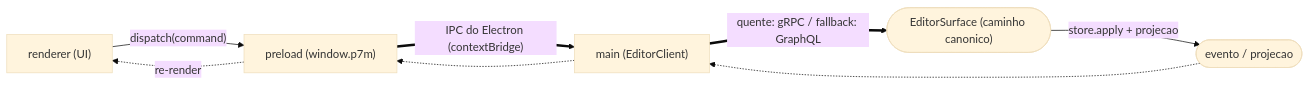
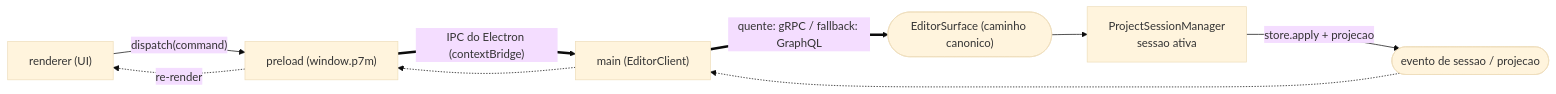
Before and after one commit to flaviotinococoutinho/Gridsmith: the second of 4 diagrams in frontend/README.md, drawn with Mermaid (base theme). The commit also changed other lines of this file and 68 other files, not shown here.

````diff
--- a/frontend/README.md
+++ b/frontend/README.md
@@ -75,10 +86,11 @@
 ```mermaid
 graph LR
   R["renderer (UI)"] -->|"dispatch(command)"| P["preload (window.p7m)"]
   P == "IPC do Electron (contextBridge)" ==> M["main (EditorClient)"]
   M == "quente: gRPC / fallback: GraphQL" ==> GW(["EditorSurface (caminho canonico)"])
-  GW -->|"store.apply + projecao"| EV(["evento / projecao"])
+  GW --> SESS["ProjectSessionManager<br/>sessao ativa"]
+  SESS -->|"store.apply + projecao"| EV(["evento de sessao / projecao"])
   EV -.-> M
   M -.-> P
   P -.->|"re-render"| R
 ```
````
